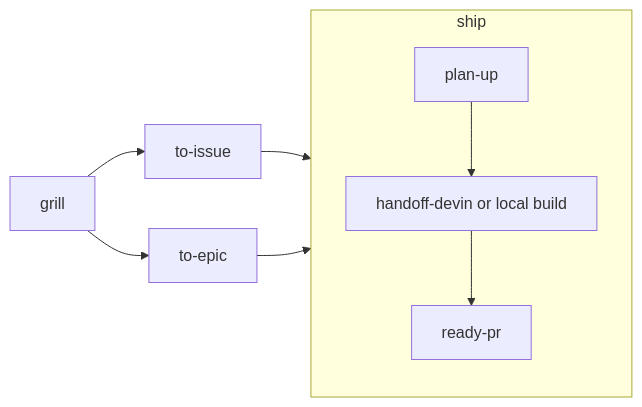
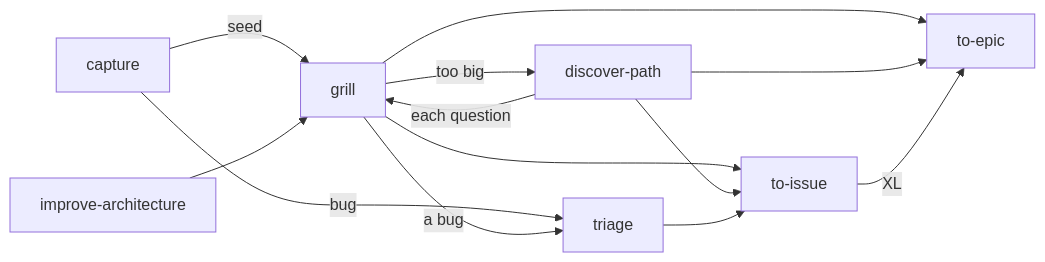
The first of 2 diagrams in README.md (linhvu0711/skills), drawn with Mermaid before and after one commit. The commit also changed other lines of this file, not shown here.

First line of the commit message:
docs(readme): show every flow skill in two diagrams

````diff
--- a/README.md
+++ b/README.md
@@ -9,10 +11,15 @@
 ```mermaid
 flowchart LR
+  capture -->|seed| grill
+  capture -->|bug| triage
+  improve[improve-architecture] --> grill
+  grill -->|a bug| triage
+  grill -->|too big| discover[discover-path]
+  discover -->|each question| grill
   grill --> toissue[to-issue]
   grill --> toepic[to-epic]
-  toissue --> ship
-  toepic --> ship
-  subgraph ship
-    planup[plan-up] --> build[handoff-devin or local build] --> readypr[ready-pr]
-  end
+  discover --> toissue
+  discover --> toepic
+  triage --> toissue
+  toissue -->|XL| toepic
 ```
````
